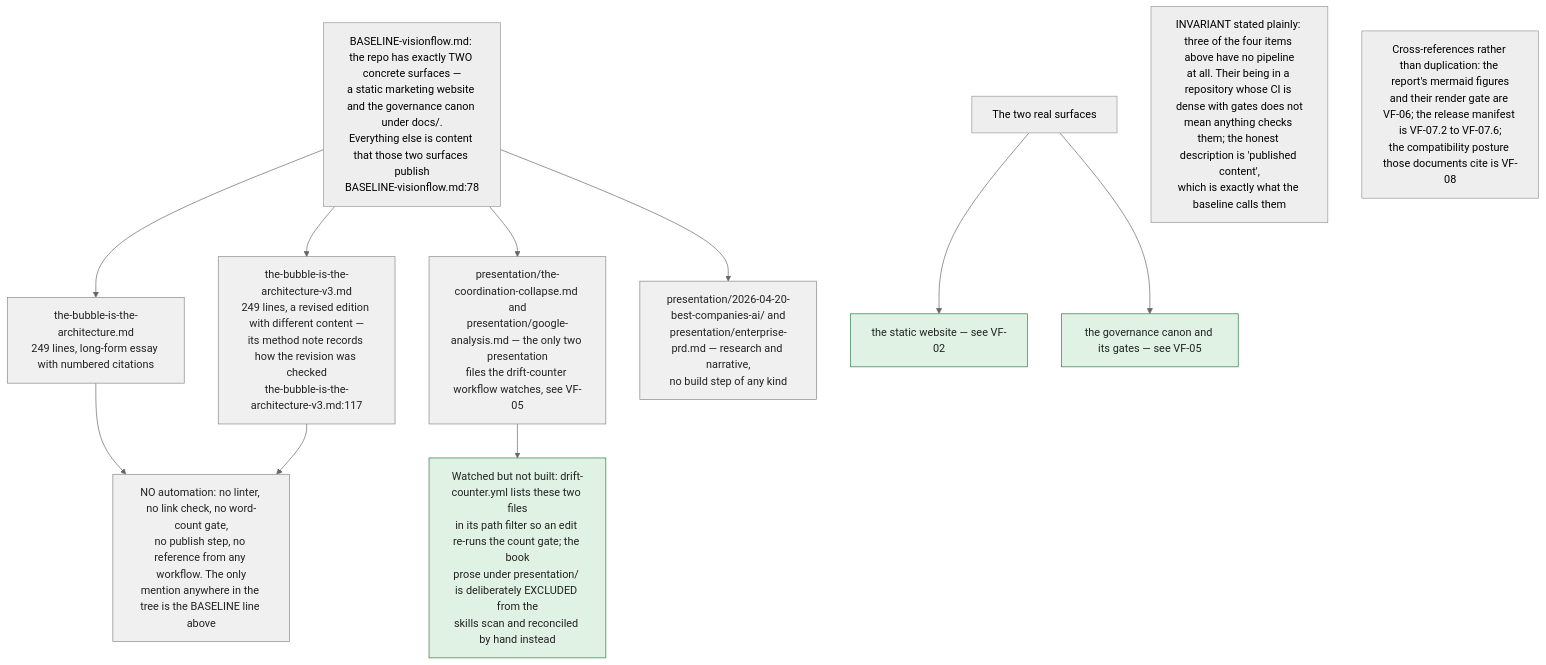
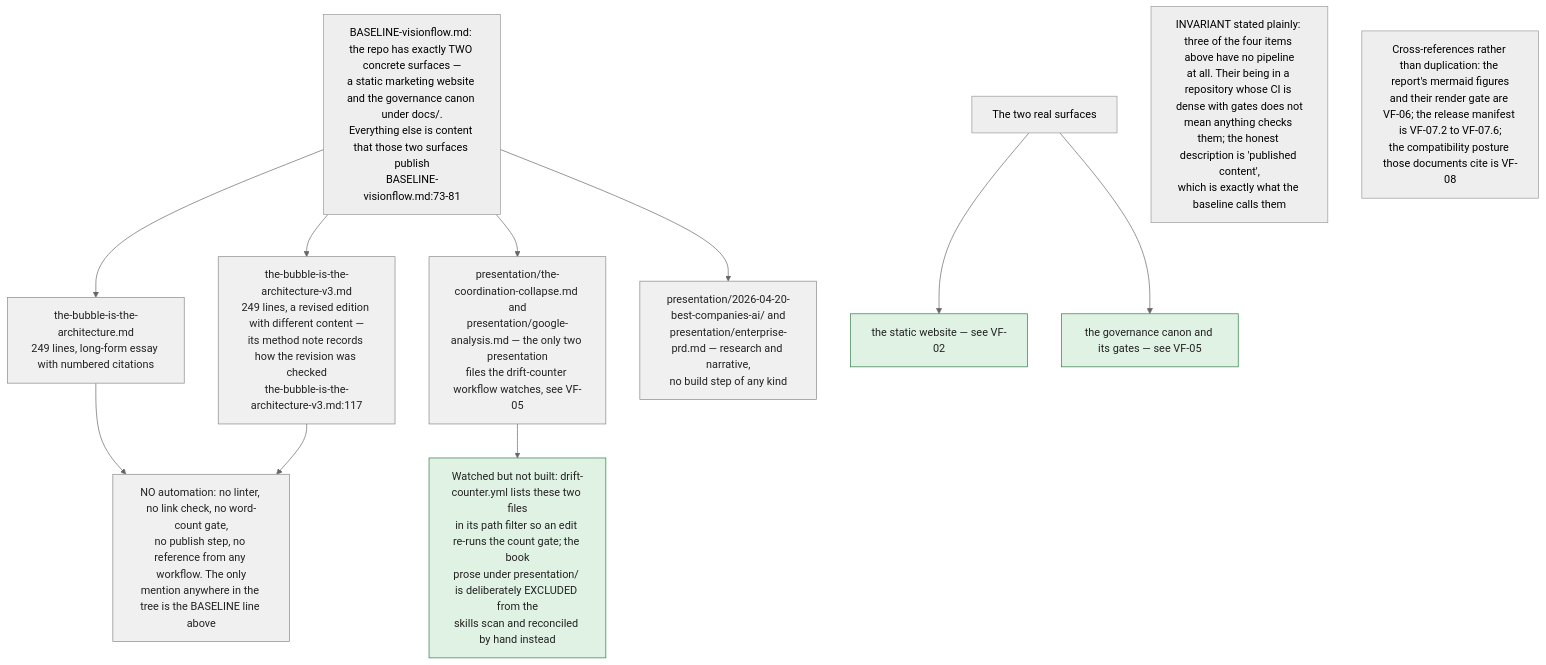
One commit to DreamLab-AI/VisionFlow changed diagram 11 of 11 in docs/diagrams/visionflow/07-pitch-presentation-reports.md. Above: the diagram before and after it, drawn with Mermaid (neutral theme). The commit also changed other lines of this file and 91 other files, not shown here.

````diff
--- a/docs/diagrams/visionflow/07-pitch-presentation-reports.md
+++ b/docs/diagrams/visionflow/07-pitch-presentation-reports.md
@@ -441,24 +444,24 @@
 ```mermaid
 flowchart TB
     classDef content fill:#f0f0f0,stroke:#888,color:#222
     classDef surface fill:#e0f2e4,stroke:#2f7a45,color:#222
 
-    BASE["BASELINE-visionflow.md: the repo has exactly TWO concrete surfaces —<br/>a static marketing website and the governance canon under docs/.<br/>Everything else is content that those two surfaces publish<br/>BASELINE-visionflow.md:78"]
+    BASE["BASELINE-visionflow.md: the repo has exactly TWO concrete surfaces —<br/>a static marketing website and the governance canon under docs/.<br/>Everything else is content that those two surfaces publish<br/>BASELINE-visionflow.md:73-81"]
 
     BASE --> C1["the-bubble-is-the-architecture.md<br/>249 lines, long-form essay with numbered citations"]:::content
     BASE --> C2["the-bubble-is-the-architecture-v3.md<br/>249 lines, a revised edition with different content —<br/>its method note records how the revision was checked<br/>the-bubble-is-the-architecture-v3.md:117"]:::content
     BASE --> C3["presentation/the-coordination-collapse.md and<br/>presentation/google-analysis.md — the only two presentation<br/>files the drift-counter workflow watches, see VF-05"]:::content
     BASE --> C4["presentation/2026-04-20-best-companies-ai/ and<br/>presentation/enterprise-prd.md — research and narrative,<br/>no build step of any kind"]:::content
 
     C1 --> N1["NO automation: no linter, no link check, no word-count gate,<br/>no publish step, no reference from any workflow. The only<br/>mention anywhere in the tree is the BASELINE line above"]:::content
     C2 --> N1
 
     C3 --> N2["Watched but not built: drift-counter.yml lists these two files<br/>in its path filter so an edit re-runs the count gate; the book<br/>prose under presentation/ is deliberately EXCLUDED from the<br/>skills scan and reconciled by hand instead"]:::surface
 
     SURF["The two real surfaces"] --> S1["the static website — see VF-02"]:::surface
     SURF --> S2["the governance canon and its gates — see VF-05"]:::surface
 
     HONEST["INVARIANT stated plainly: three of the four items above have no pipeline<br/>at all. Their being in a repository whose CI is dense with gates does not<br/>mean anything checks them; the honest description is 'published content',<br/>which is exactly what the baseline calls them"]
 
     XREF["Cross-references rather than duplication: the report's mermaid figures<br/>and their render gate are VF-06; the release manifest is VF-07.2 to VF-07.6;<br/>the compatibility posture those documents cite is VF-08"]
 ```
````
